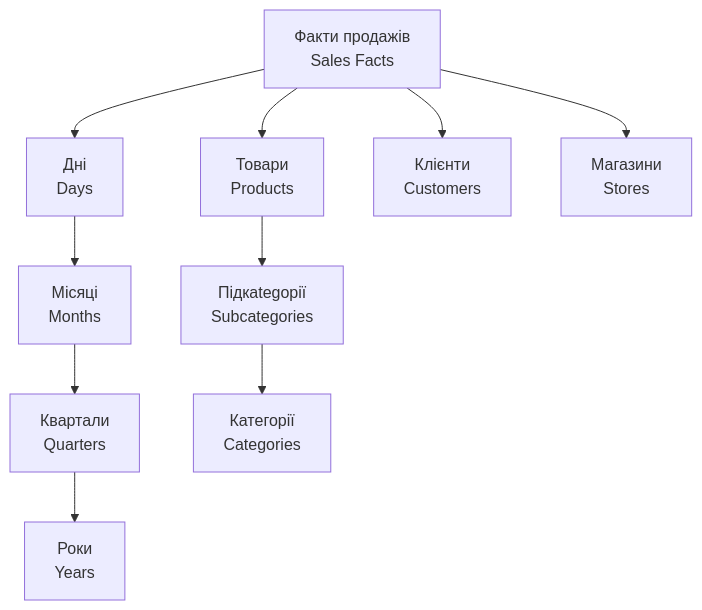
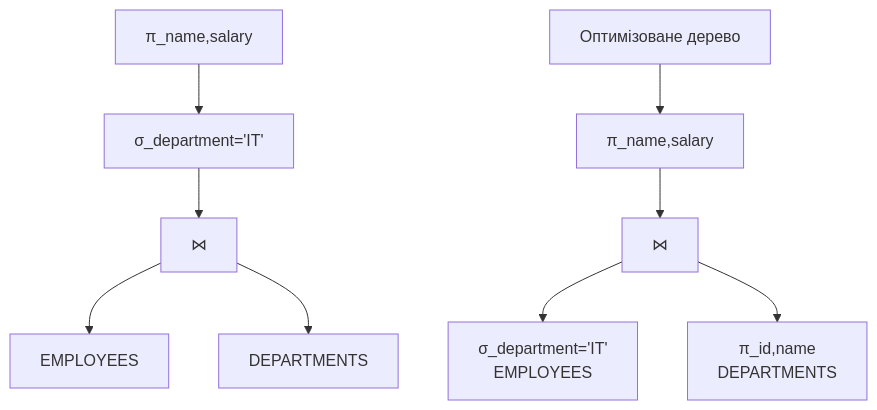
Before and after one commit to olroi421/course-bd: the first of 2 diagrams in lectures/lecture-03.md, drawn with Mermaid. The commit also changed other lines of this file and 7 other files, not shown here.

````diff
--- a/lectures/lecture-03.md
+++ b/lectures/lecture-03.md
@@ -497,14 +802,12 @@
 ```mermaid
 graph TD
-    A[Дні<br/>Days] --> B[Місяці<br/>Months]
-    B --> C[Квартали<br/>Quarters]
-    C --> D[Роки<br/>Years]
+    A[π_name,salary] --> B[σ_department='IT']
+    B --> C[⋈]
+    C --> D[EMPLOYEES]
+    C --> E[DEPARTMENTS]
 
-    E[Товари<br/>Products] --> F[Підкategорії<br/>Subcategories]
-    F --> G[Категорії<br/>Categories]
-
-    H[Факти продажів<br/>Sales Facts] --> A
-    H --> E
-    H --> I[Клієнти<br/>Customers]
-    H --> J[Магазини<br/>Stores]
+    F[Оптимізоване дерево] --> G[π_name,salary]
+    G --> H[⋈]
+    H --> I[σ_department='IT'<br/>EMPLOYEES]
+    H --> J[π_id,name<br/>DEPARTMENTS]
 ```
````
